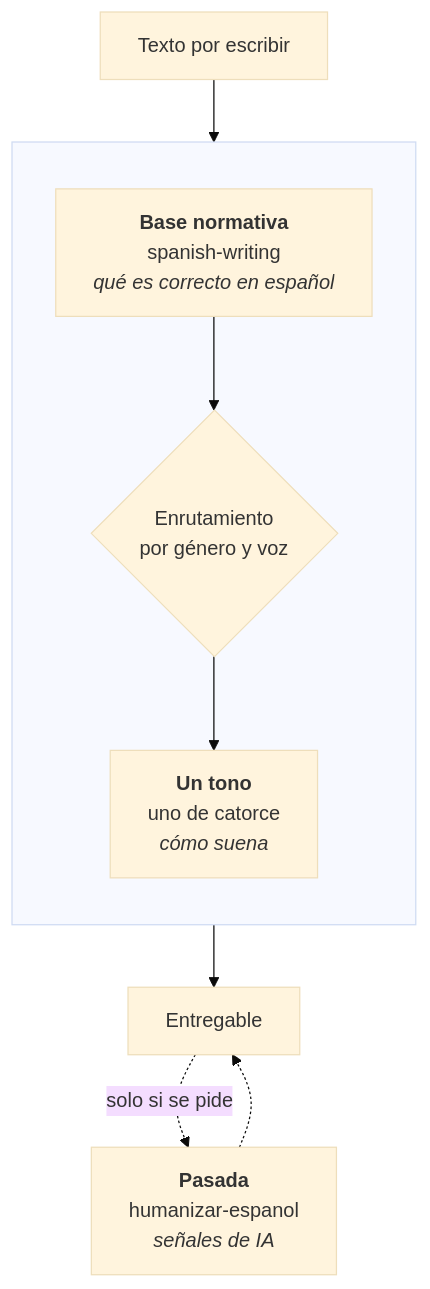
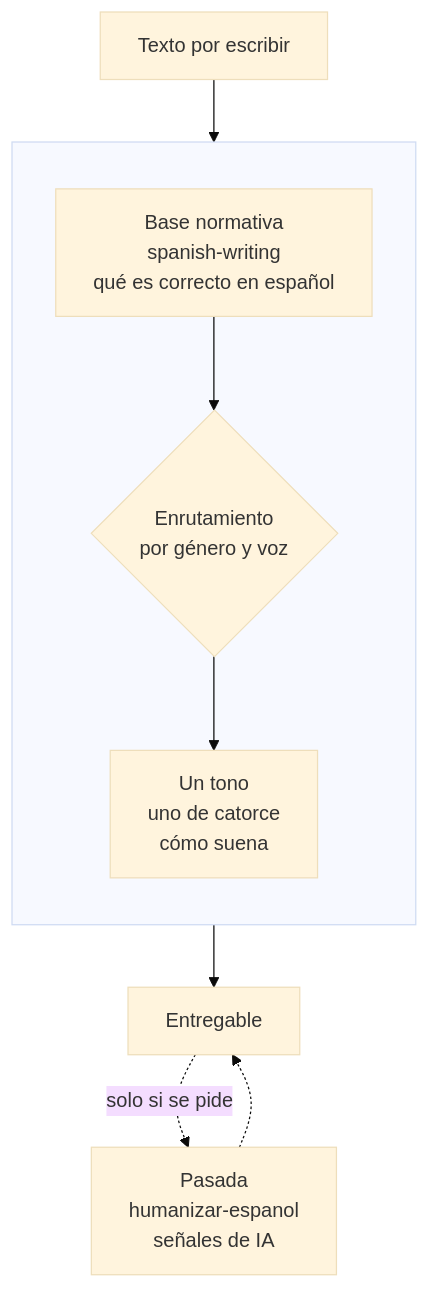
The first of 4 diagrams in README.md (diegnghtmr/writing-harness), drawn with Mermaid (base theme) before and after one commit. The commit also changed other lines of this file and 1 other file, not shown here.

First line of the commit message:
docs: diagramas que renderizan de verdad, y uno mas en AGENTS.md

````diff
--- a/README.md
+++ b/README.md
@@ -21,15 +21,15 @@
 ```mermaid
 flowchart TD
     T["Texto por escribir"] --> B
 
     subgraph capas [" "]
         direction TB
-        B["<b>Base normativa</b><br/>spanish-writing<br/><i>qué es correcto en español</i>"]
+        B["Base normativa<br/>spanish-writing<br/>qué es correcto en español"]
         B --> R{"Enrutamiento<br/>por género y voz"}
-        R --> N["<b>Un tono</b><br/>uno de catorce<br/><i>cómo suena</i>"]
+        R --> N["Un tono<br/>uno de catorce<br/>cómo suena"]
     end
 
     N --> E["Entregable"]
-    E -.->|"solo si se pide"| P["<b>Pasada</b><br/>humanizar-espanol<br/><i>señales de IA</i>"]
+    E -.->|"solo si se pide"| P["Pasada<br/>humanizar-espanol<br/>señales de IA"]
     P -.-> E
 ```
````
